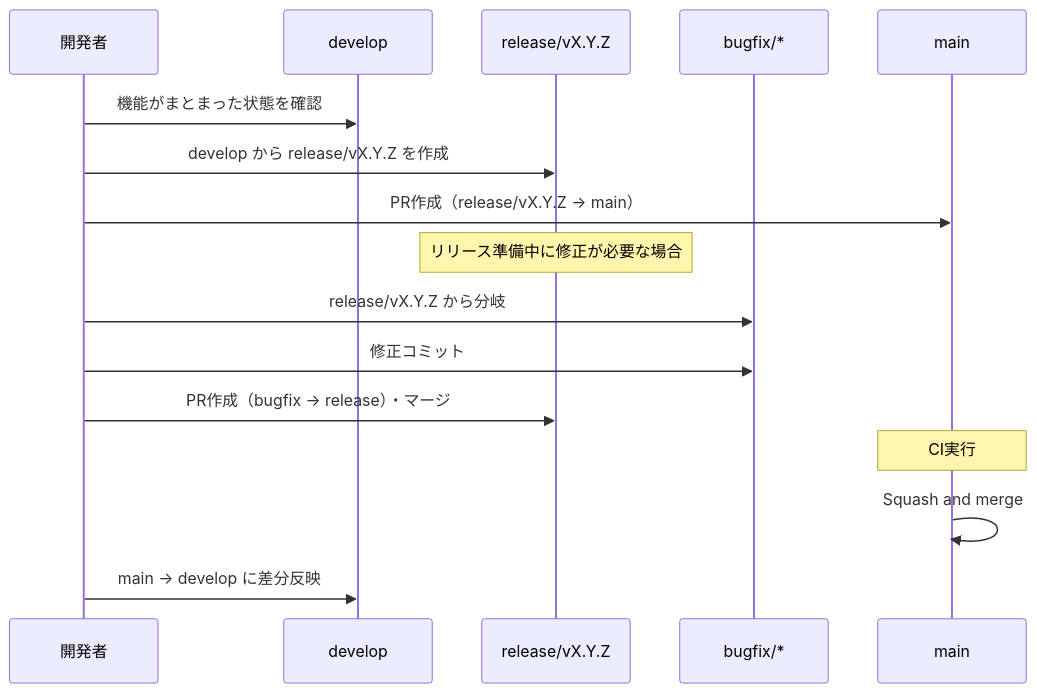
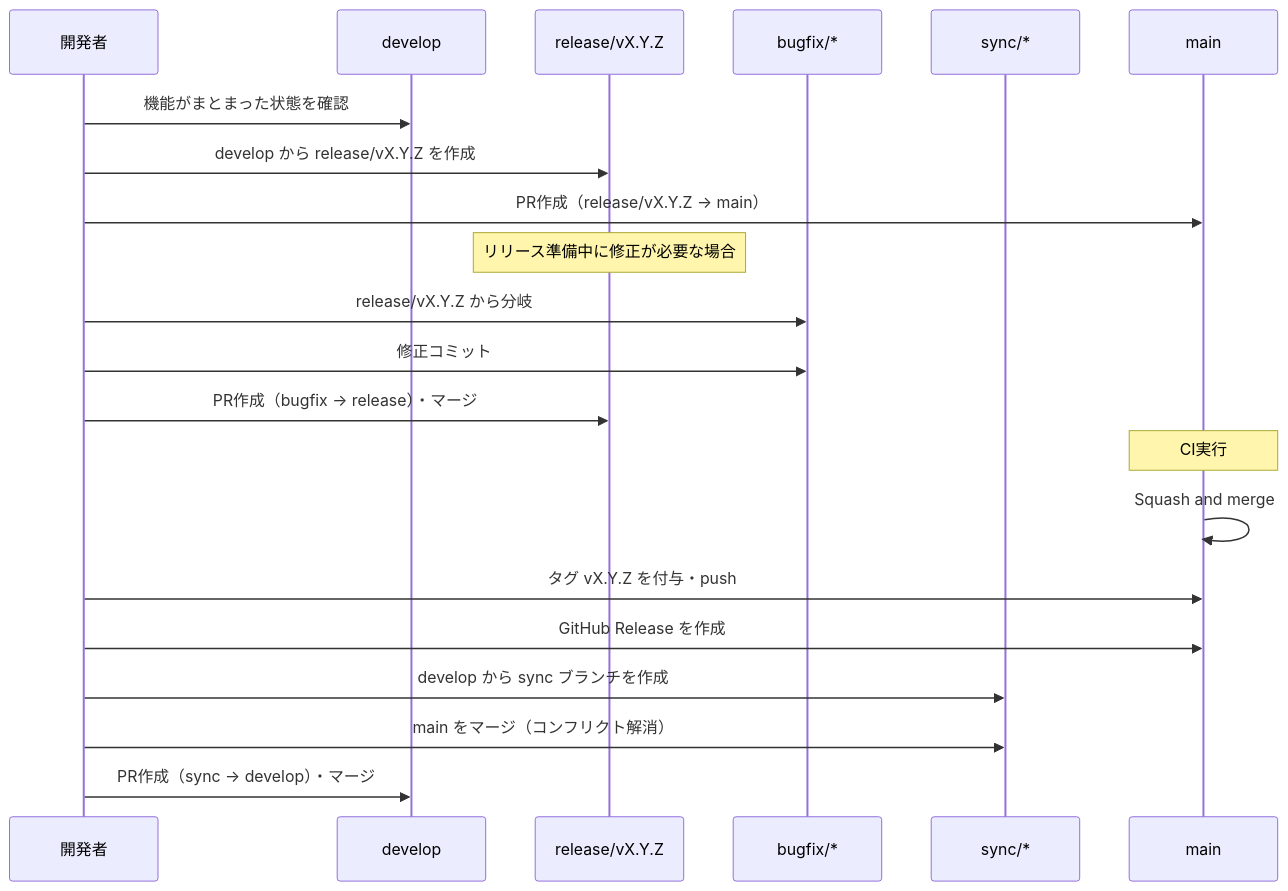
One commit to becky3/learning-companion changed the third of 4 diagrams in docs/specs/git-flow.md. Above: the diagram before and after it, drawn with Mermaid. The commit also changed other lines of this file, not shown here.

````diff
--- a/docs/specs/git-flow.md
+++ b/docs/specs/git-flow.md
@@ -94,19 +95,24 @@
 ```mermaid
 sequenceDiagram
     participant Dev as 開発者
     participant Develop as develop
     participant Release as release/vX.Y.Z
     participant Bugfix as bugfix/*
+    participant Sync as sync/*
     participant Main as main
 
     Dev->>Develop: 機能がまとまった状態を確認
     Dev->>Release: develop から release/vX.Y.Z を作成
     Dev->>Main: PR作成（release/vX.Y.Z → main）
     Note over Release: リリース準備中に修正が必要な場合
     Dev->>Bugfix: release/vX.Y.Z から分岐
     Dev->>Bugfix: 修正コミット
     Dev->>Release: PR作成（bugfix → release）・マージ
     Note over Main: CI実行
     Main->>Main: Squash and merge
-    Dev->>Develop: main → develop に差分反映
+    Dev->>Main: タグ vX.Y.Z を付与・push
+    Dev->>Main: GitHub Release を作成
+    Dev->>Sync: develop から sync ブランチを作成
+    Dev->>Sync: main をマージ（コンフリクト解消）
+    Dev->>Develop: PR作成（sync → develop）・マージ
 ```
````
